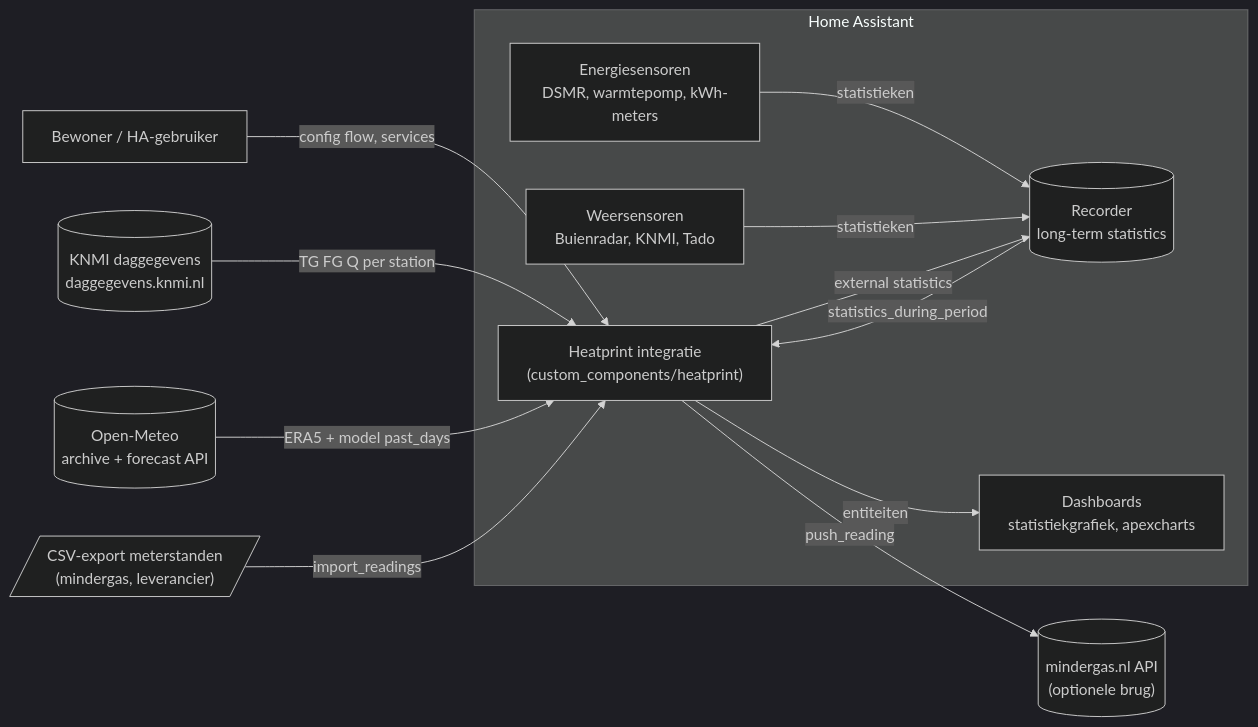
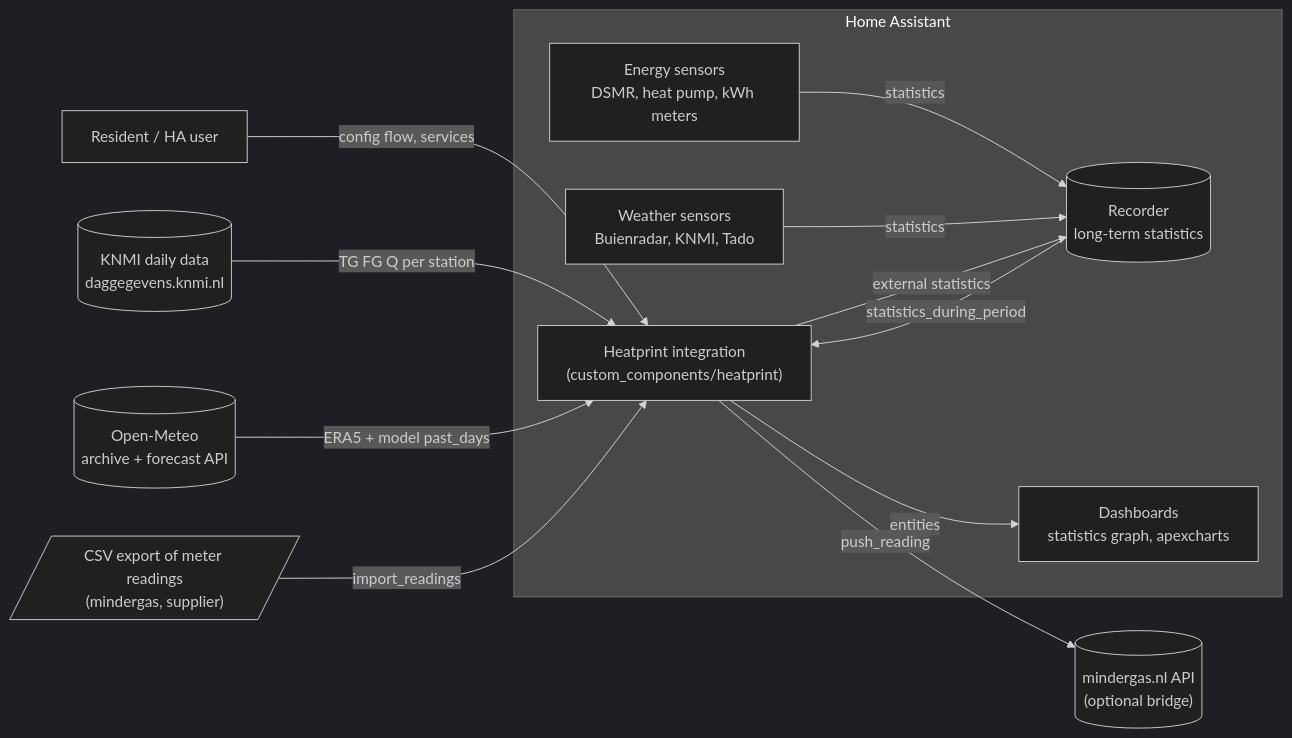
One commit to nicohabets/heatprint changed the first of 3 diagrams in docs/ARCHITECTURE.md. Above: the diagram before and after it, drawn with Mermaid (dark theme). The commit also changed other lines of this file and 20 other files, not shown here.

````diff
--- a/docs/ARCHITECTURE.md
+++ b/docs/ARCHITECTURE.md
@@ -23,26 +24,26 @@
 ```mermaid
 flowchart LR
-    U[Bewoner / HA-gebruiker]
+    U[Resident / HA user]
     subgraph HA["Home Assistant"]
-        HP["Heatprint integratie<br/>(custom_components/heatprint)"]
+        HP["Heatprint integration<br/>(custom_components/heatprint)"]
         REC[("Recorder<br/>long-term statistics")]
-        ENT["Energiesensoren<br/>DSMR, warmtepomp, kWh-meters"]
-        WS["Weersensoren<br/>Buienradar, KNMI, Tado"]
-        DASH["Dashboards<br/>statistiekgrafiek, apexcharts"]
+        ENT["Energy sensors<br/>DSMR, heat pump, kWh meters"]
+        WS["Weather sensors<br/>Buienradar, KNMI, Tado"]
+        DASH["Dashboards<br/>statistics graph, apexcharts"]
     end
-    KNMI[("KNMI daggegevens<br/>daggegevens.knmi.nl")]
+    KNMI[("KNMI daily data<br/>daggegevens.knmi.nl")]
     OM[("Open-Meteo<br/>archive + forecast API")]
-    MG[("mindergas.nl API<br/>(optionele brug)")]
-    CSV[/"CSV-export meterstanden<br/>(mindergas, leverancier)"/]
+    MG[("mindergas.nl API<br/>(optional bridge)")]
+    CSV[/"CSV export of meter readings<br/>(mindergas, supplier)"/]
 
     U -->|config flow, services| HP
-    ENT -->|statistieken| REC
-    WS -->|statistieken| REC
+    ENT -->|statistics| REC
+    WS -->|statistics| REC
     REC -->|statistics_during_period| HP
     HP -->|external statistics| REC
-    HP -->|entiteiten| DASH
+    HP -->|entities| DASH
     KNMI -->|TG FG Q per station| HP
     OM -->|ERA5 + model past_days| HP
     CSV -->|import_readings| HP
     HP -->|push_reading| MG
 ```
````
